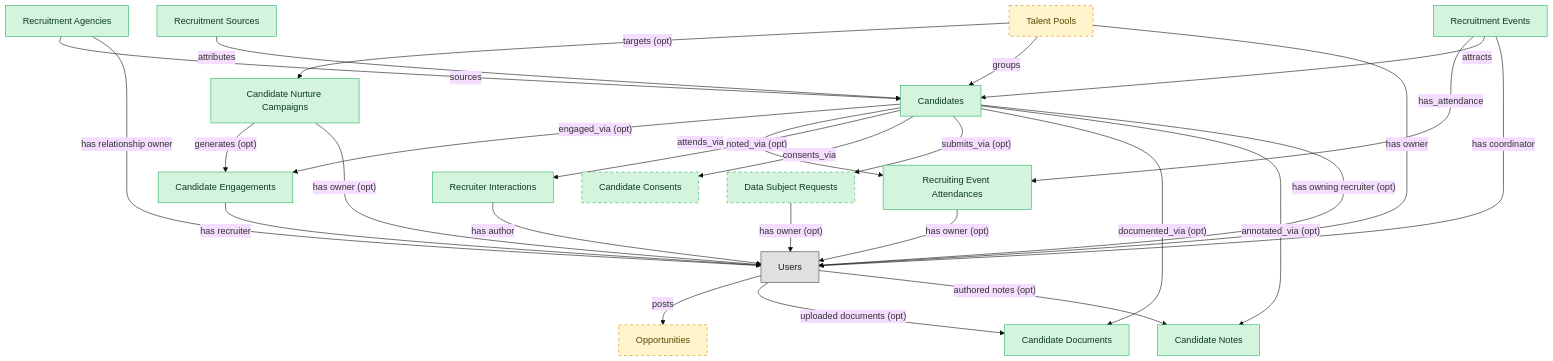
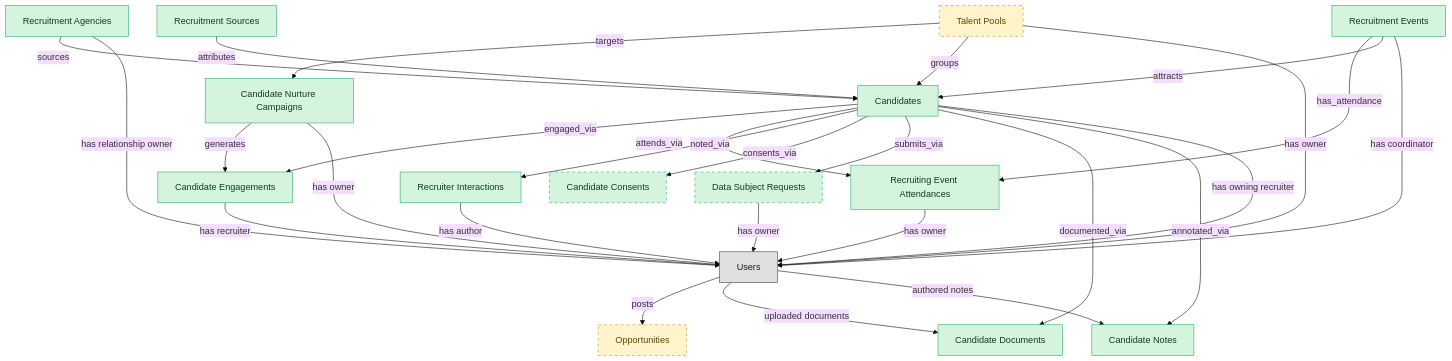
Before and after one commit to IntranetFactory/domain-map: the diagram in catalog/blueprints/ats-candidate-crm-semantic-blueprint.md, drawn with Mermaid (base theme). The commit also changed other lines of this file and 18 other files, not shown here.

````diff
--- a/catalog/blueprints/ats-candidate-crm-semantic-blueprint.md
+++ b/catalog/blueprints/ats-candidate-crm-semantic-blueprint.md
@@ -46,66 +46,66 @@
 ```mermaid
 flowchart TD
   classDef master fill:#d4f4dd,stroke:#27ae60,color:#0b3d20;
   classDef embedded_master fill:#fff4cc,stroke:#c79100,color:#5b4500;
   classDef platform_builtin fill:#e0e0e0,stroke:#424242,color:#1a1a1a;
   candidates["Candidates"]
   recruitment_sources["Recruitment Sources"]
   recruitment_agencies["Recruitment Agencies"]
   recruitment_events["Recruitment Events"]
   candidate_engagements["Candidate Engagements"]
   candidate_nurture_campaigns["Candidate Nurture Campaigns"]
   recruiting_event_attendances["Recruiting Event Attendances"]
   recruiter_interactions["Recruiter Interactions"]
   candidate_consents["Candidate Consents"]
   talent_pools["Talent Pools"]
   internal_opportunities["Opportunities"]
   candidate_documents["Candidate Documents"]
   candidate_notes["Candidate Notes"]
   data_subject_requests["Data Subject Requests"]
   users["Users"]
-  candidates -->|"engaged_via (opt)"| candidate_engagements
-  candidate_nurture_campaigns -->|"generates (opt)"| candidate_engagements
+  candidates -->|"engaged_via"| candidate_engagements
+  candidate_nurture_campaigns -->|"generates"| candidate_engagements
   candidates -->|"attends_via"| recruiting_event_attendances
   recruitment_events -->|"has_attendance"| recruiting_event_attendances
-  candidates -->|"noted_via (opt)"| recruiter_interactions
+  candidates -->|"noted_via"| recruiter_interactions
   candidates -->|"consents_via"| candidate_consents
-  talent_pools -->|"targets (opt)"| candidate_nurture_campaigns
-  candidates -->|"submits_via (opt)"| data_subject_requests
-  candidates -->|"documented_via (opt)"| candidate_documents
-  candidates -->|"annotated_via (opt)"| candidate_notes
+  talent_pools -->|"targets"| candidate_nurture_campaigns
+  candidates -->|"submits_via"| data_subject_requests
+  candidates -->|"documented_via"| candidate_documents
+  candidates -->|"annotated_via"| candidate_notes
   recruitment_sources -->|"attributes"| candidates
   recruitment_agencies -->|"sources"| candidates
   recruitment_events -->|"attracts"| candidates
   talent_pools -->|"groups"| candidates
   users -->|"posts"| internal_opportunities
-  candidates -->|"has owning recruiter (opt)"| users
+  candidates -->|"has owning recruiter"| users
   talent_pools -->|"has owner"| users
   recruitment_agencies -->|"has relationship owner"| users
   recruitment_events -->|"has coordinator"| users
-  users -->|"uploaded documents (opt)"| candidate_documents
-  users -->|"authored notes (opt)"| candidate_notes
+  users -->|"uploaded documents"| candidate_documents
+  users -->|"authored notes"| candidate_notes
   candidate_engagements -->|"has recruiter"| users
-  candidate_nurture_campaigns -->|"has owner (opt)"| users
-  data_subject_requests -->|"has owner (opt)"| users
-  recruiting_event_attendances -->|"has owner (opt)"| users
+  candidate_nurture_campaigns -->|"has owner"| users
+  data_subject_requests -->|"has owner"| users
+  recruiting_event_attendances -->|"has owner"| users
   recruiter_interactions -->|"has author"| users
   class candidates master;
   class recruitment_sources master;
   class recruitment_agencies master;
   class recruitment_events master;
   class candidate_engagements master;
   class candidate_nurture_campaigns master;
   class recruiting_event_attendances master;
   class recruiter_interactions master;
   class candidate_consents master;
   class talent_pools embedded_master;
   class internal_opportunities embedded_master;
   class candidate_documents master;
   class candidate_notes master;
   class data_subject_requests master;
   class users platform_builtin;
   style candidate_consents stroke-dasharray:5 5;
   style talent_pools stroke-dasharray:5 5;
   style internal_opportunities stroke-dasharray:5 5;
   style data_subject_requests stroke-dasharray:5 5;
 ```
````
